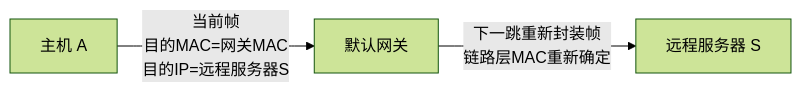
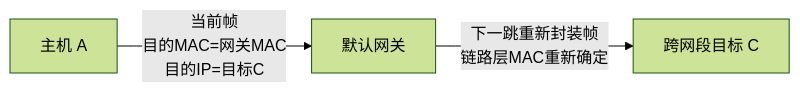
One commit to 74262195/system-architect-notes changed the second of 2 diagrams in 01_综合知识/01_计算机系统基础知识/03_计算机网络/05_IP网络与路由/01_IP控制与邻居发现/ARP地址解析.md. Above: the diagram before and after it, drawn with Mermaid (forest theme). The commit also changed other lines of this file and 3 other files, not shown here.

````diff
--- a/01_综合知识/01_计算机系统基础知识/03_计算机网络/05_IP网络与路由/01_IP控制与邻居发现/ARP地址解析.md
+++ b/01_综合知识/01_计算机系统基础知识/03_计算机网络/05_IP网络与路由/01_IP控制与邻居发现/ARP地址解析.md
@@ -132,5 +130,5 @@
 ```mermaid
 flowchart LR
-    A[主机 A] -->|当前帧<br/>目的MAC=网关MAC<br/>目的IP=远程服务器S| R[默认网关]
-    R -->|下一跳重新封装帧<br/>链路层MAC重新确定| S[远程服务器 S]
+    A[主机 A] -->|当前帧<br/>目的MAC=网关MAC<br/>目的IP=目标C| R[默认网关]
+    R -->|下一跳重新封装帧<br/>链路层MAC重新确定| C[跨网段目标 C]
 ```
````
